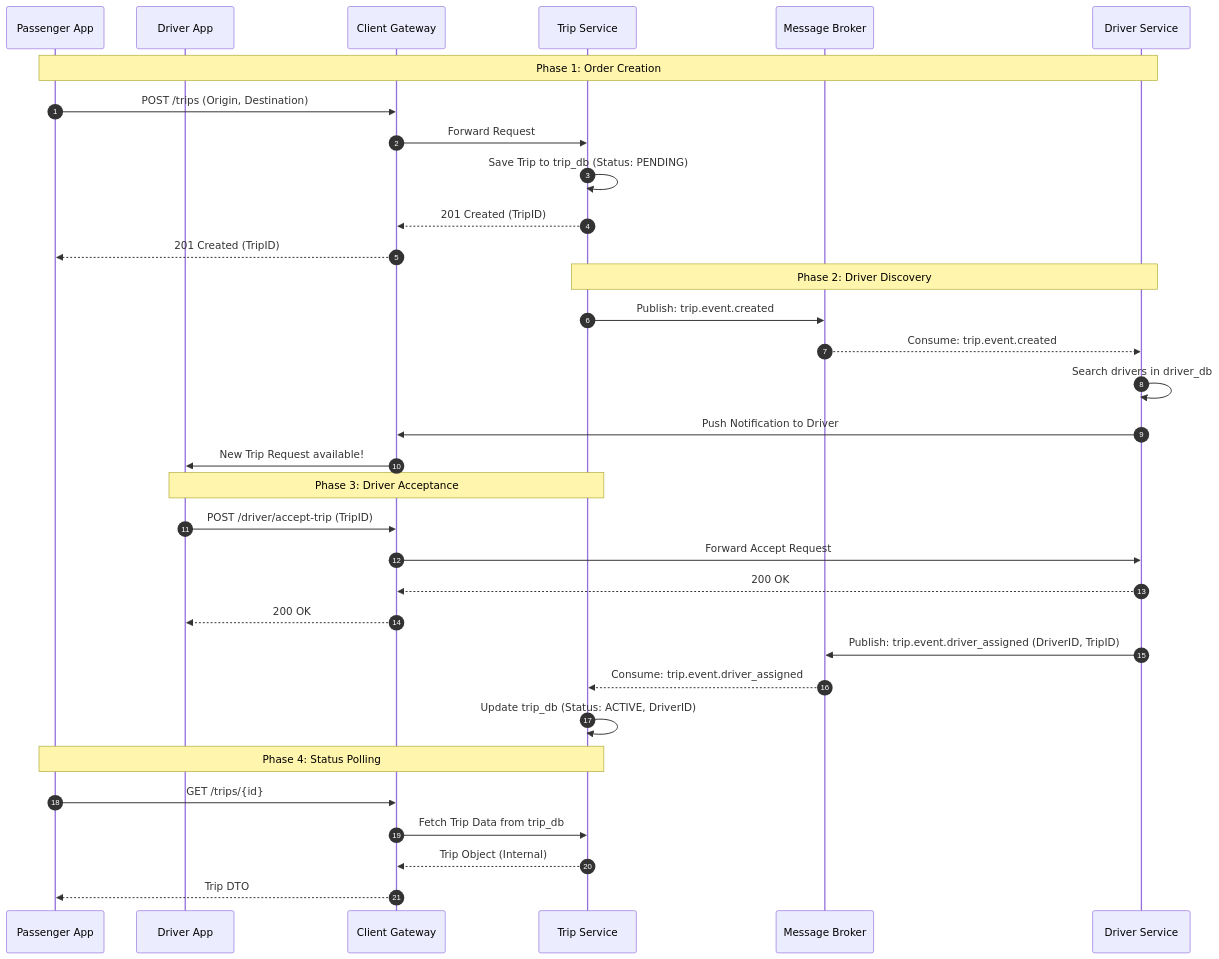
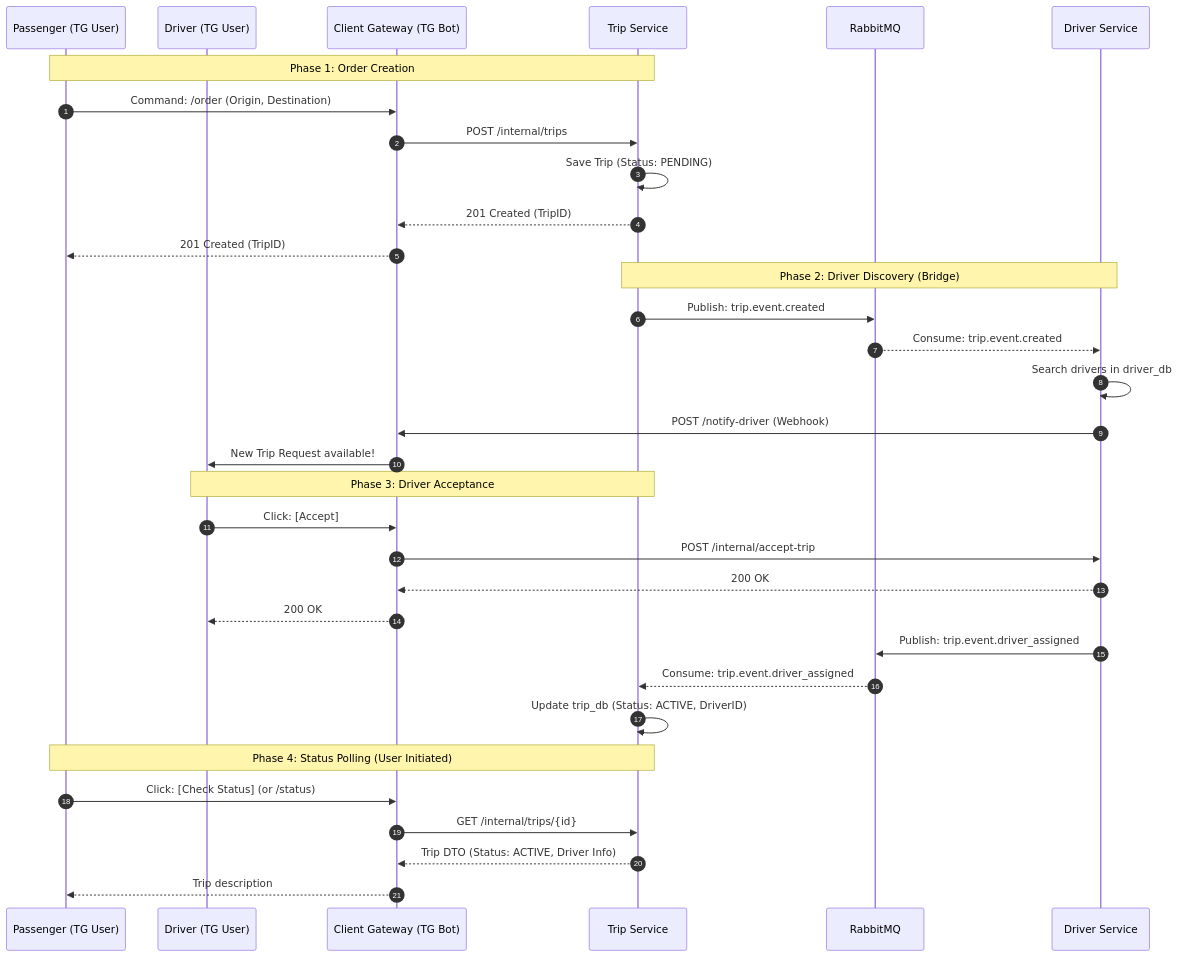
The diagram in documentation/description.md (UA-4697-DevOps/drive-ops), drawn with Mermaid before and after one commit. The commit also changed other lines of this file, not shown here.

````diff
--- a/documentation/description.md
+++ b/documentation/description.md
@@ -1,40 +1,40 @@
 ```mermaid
 sequenceDiagram
     autonumber
-    participant P as Passenger App
-    participant D as Driver App
-    participant CG as Client Gateway
+    participant P as Passenger (TG User)
+    participant D as Driver (TG User)
+    participant CG as Client Gateway (TG Bot)
     participant TS as Trip Service
-    participant MB as Message Broker
+    participant MB as RabbitMQ
     participant DS as Driver Service
 
-    Note over P, DS: Phase 1: Order Creation
-    P->>CG: POST /trips (Origin, Destination)
-    CG->>TS: Forward Request
-    TS->>TS: Save Trip to trip_db (Status: PENDING)
+    Note over P, TS: Phase 1: Order Creation
+    P->>CG: Command: /order (Origin, Destination)
+    CG->>TS: POST /internal/trips
+    TS->>TS: Save Trip (Status: PENDING)
     TS-->>CG: 201 Created (TripID)
     CG-->>P: 201 Created (TripID)
 
-    Note over TS, DS: Phase 2: Driver Discovery
+    Note over TS, DS: Phase 2: Driver Discovery (Bridge)
     TS->>MB: Publish: trip.event.created
     MB-->>DS: Consume: trip.event.created
     DS->>DS: Search drivers in driver_db
-    DS->>CG: Push Notification to Driver
+    DS->>CG: POST /notify-driver (Webhook)
     CG->>D: New Trip Request available!
 
     Note over D, TS: Phase 3: Driver Acceptance
-    D->>CG: POST /driver/accept-trip (TripID)
-    CG->>DS: Forward Accept Request
+    D->>CG: Click: [Accept]
+    CG->>DS: POST /internal/accept-trip
     DS-->>CG: 200 OK
     CG-->>D: 200 OK
     
-    DS->>MB: Publish: trip.event.driver_assigned (DriverID, TripID)
+    DS->>MB: Publish: trip.event.driver_assigned
     MB-->>TS: Consume: trip.event.driver_assigned
     TS->>TS: Update trip_db (Status: ACTIVE, DriverID)
 
-    Note over P, TS: Phase 4: Status Polling
-    P->>CG: GET /trips/{id}
-    CG->>TS: Fetch Trip Data from trip_db
-    TS-->>CG: Trip Object (Internal)
-    CG-->>P: Trip DTO
+    Note over P, TS: Phase 4: Status Polling (User Initiated)
+    P->>CG: Click: [Check Status] (or /status)
+    CG->>TS: GET /internal/trips/{id}
+    TS-->>CG: Trip DTO (Status: ACTIVE, Driver Info)
+    CG-->>P: Trip description
 ```
````
